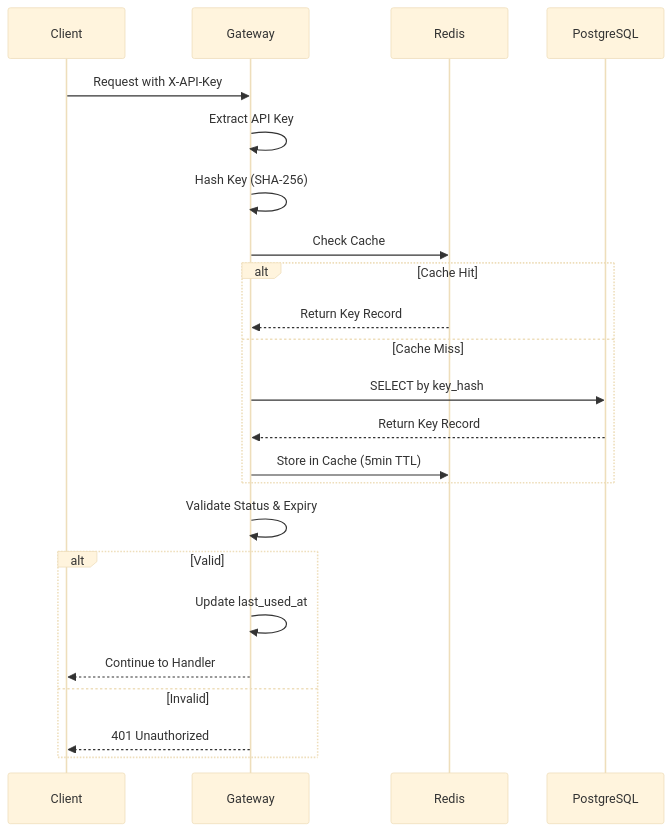
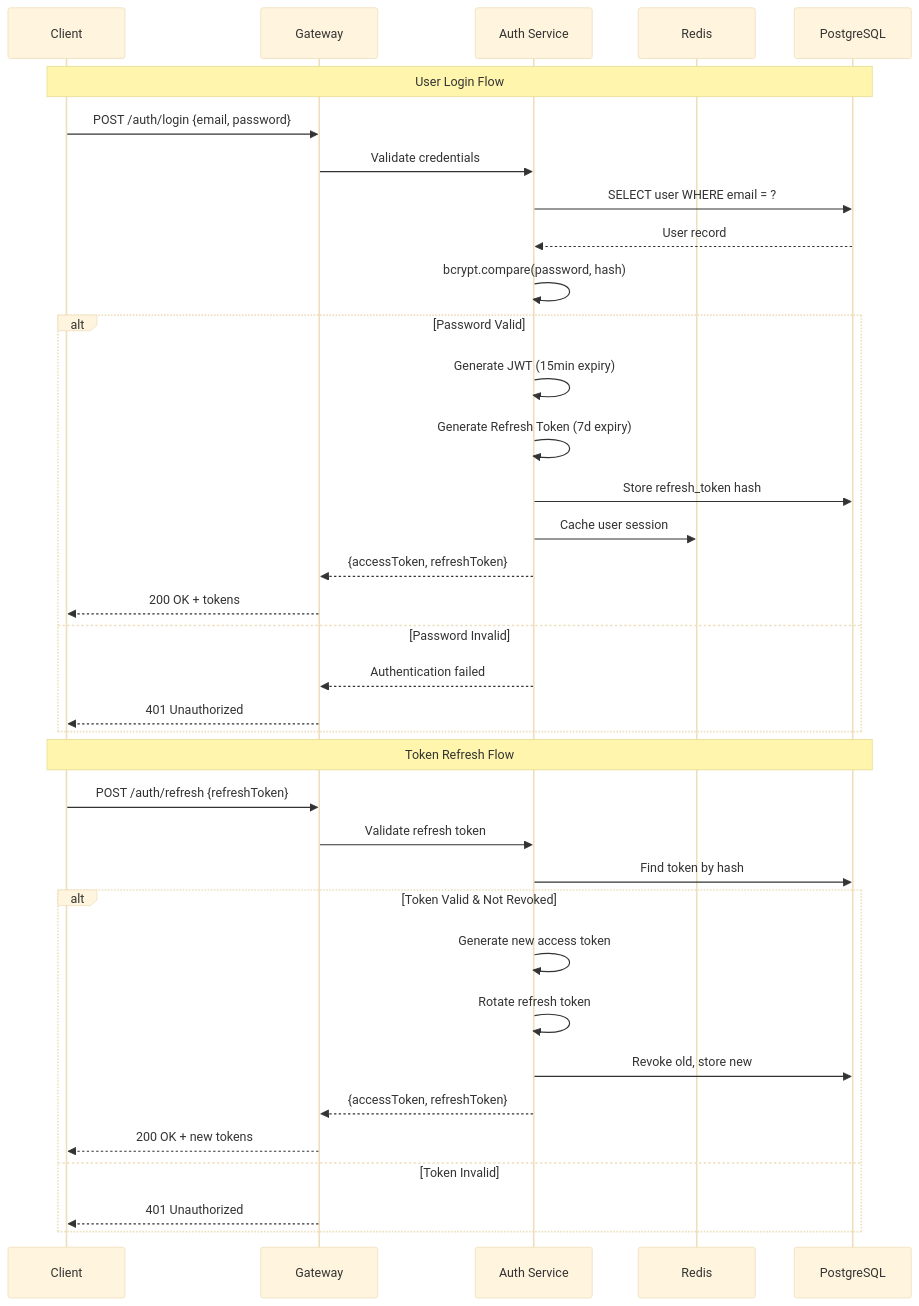
Before and after one commit to Hundia/autospec: the tenth of 23 diagrams in examples/api-service/docs/architecture/diagrams.md, drawn with Mermaid (base theme). The commit also changed other lines of this file and 64 other files, not shown here.

````diff
--- a/examples/api-service/docs/architecture/diagrams.md
+++ b/examples/api-service/docs/architecture/diagrams.md
@@ -242,29 +425,44 @@
 ```mermaid
 sequenceDiagram
     participant C as Client
     participant G as Gateway
+    participant A as Auth Service
     participant R as Redis
     participant DB as PostgreSQL
 
-    C->>G: Request with X-API-Key
-    G->>G: Extract API Key
-    G->>G: Hash Key (SHA-256)
+    Note over C,DB: User Login Flow
 
-    G->>R: Check Cache
-    alt Cache Hit
-        R-->>G: Return Key Record
-    else Cache Miss
-        G->>DB: SELECT by key_hash
-        DB-->>G: Return Key Record
-        G->>R: Store in Cache (5min TTL)
+    C->>G: POST /auth/login {email, password}
+    G->>A: Validate credentials
+    A->>DB: SELECT user WHERE email = ?
+    DB-->>A: User record
+    A->>A: bcrypt.compare(password, hash)
+
+    alt Password Valid
+        A->>A: Generate JWT (15min expiry)
+        A->>A: Generate Refresh Token (7d expiry)
+        A->>DB: Store refresh_token hash
+        A->>R: Cache user session
+        A-->>G: {accessToken, refreshToken}
+        G-->>C: 200 OK + tokens
+    else Password Invalid
+        A-->>G: Authentication failed
+        G-->>C: 401 Unauthorized
     end
 
-    G->>G: Validate Status & Expiry
+    Note over C,DB: Token Refresh Flow
 
-    alt Valid
-        G->>G: Update last_used_at
-        G-->>C: Continue to Handler
-    else Invalid
+    C->>G: POST /auth/refresh {refreshToken}
+    G->>A: Validate refresh token
+    A->>DB: Find token by hash
+
+    alt Token Valid & Not Revoked
+        A->>A: Generate new access token
+        A->>A: Rotate refresh token
+        A->>DB: Revoke old, store new
+        A-->>G: {accessToken, refreshToken}
+        G-->>C: 200 OK + new tokens
+    else Token Invalid
         G-->>C: 401 Unauthorized
     end
 ```
````
